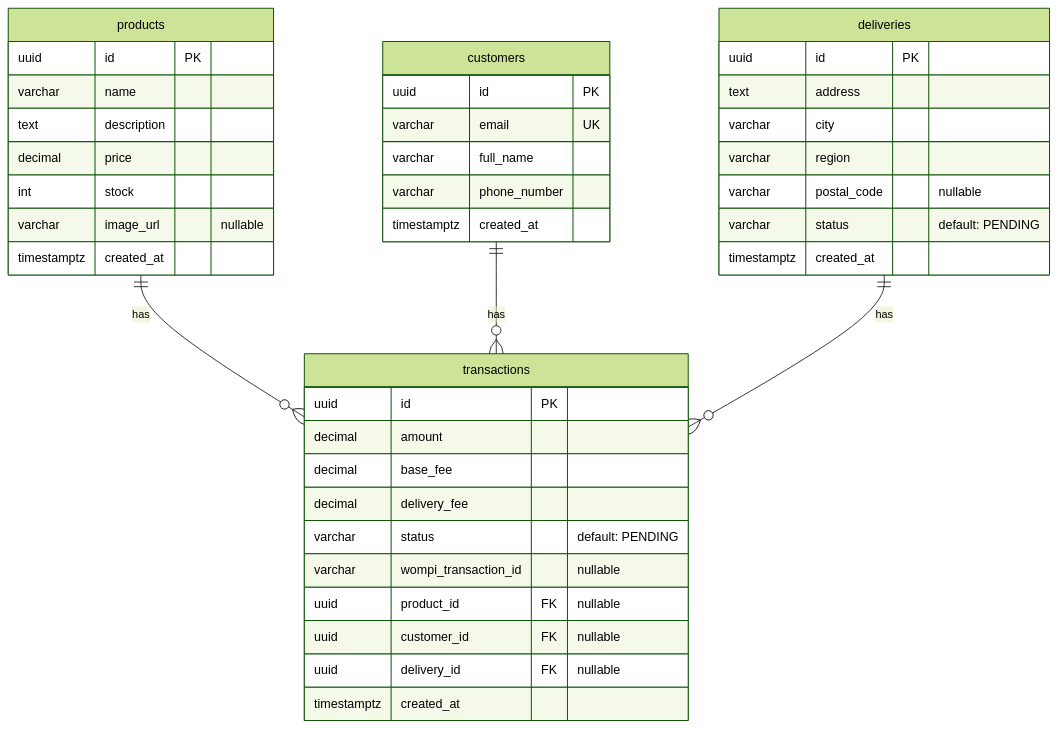
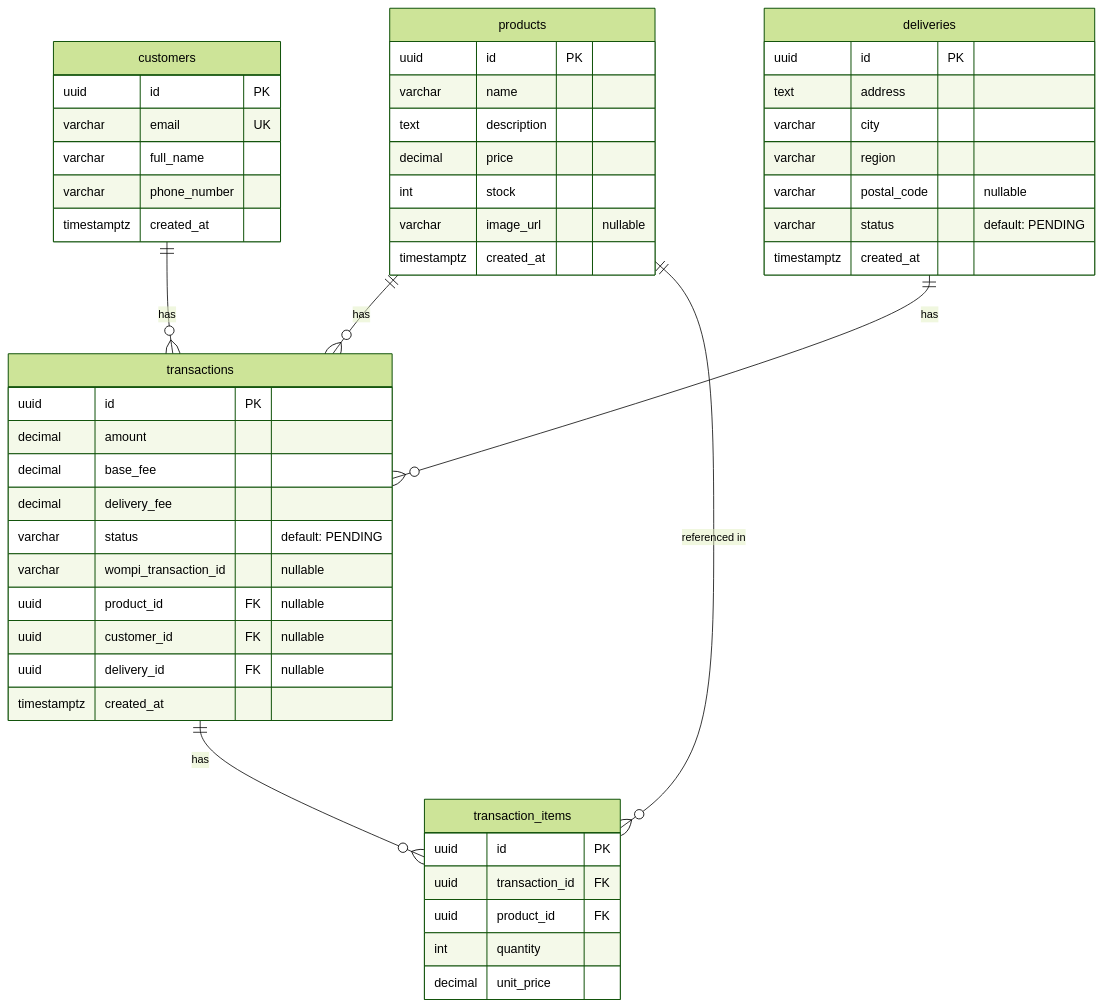
One commit to nicolles1102/checkout-payment-system changed the diagram in README.md. Above: the diagram before and after it, drawn with Mermaid (forest theme). The commit also changed other lines of this file and 13 other files, not shown here.

````diff
--- a/README.md
+++ b/README.md
@@ -152,47 +158,57 @@
 ```mermaid
 erDiagram
     products {
         uuid id PK
         varchar name
         text description
         decimal price
         int stock
         varchar image_url "nullable"
         timestamptz created_at
     }
 
     customers {
         uuid id PK
         varchar email UK
         varchar full_name
         varchar phone_number
         timestamptz created_at
     }
 
     deliveries {
         uuid id PK
         text address
         varchar city
         varchar region
         varchar postal_code "nullable"
         varchar status "default: PENDING"
         timestamptz created_at
     }
 
     transactions {
         uuid id PK
         decimal amount
         decimal base_fee
         decimal delivery_fee
         varchar status "default: PENDING"
         varchar wompi_transaction_id "nullable"
         uuid product_id FK "nullable"
         uuid customer_id FK "nullable"
         uuid delivery_id FK "nullable"
         timestamptz created_at
     }
 
+    transaction_items {
+        uuid id PK
+        uuid transaction_id FK
+        uuid product_id FK
+        int quantity
+        decimal unit_price
+    }
+
     products ||--o{ transactions : "has"
     customers ||--o{ transactions : "has"
     deliveries ||--o{ transactions : "has"
+    transactions ||--o{ transaction_items : "has"
+    products ||--o{ transaction_items : "referenced in"
 ```
````
